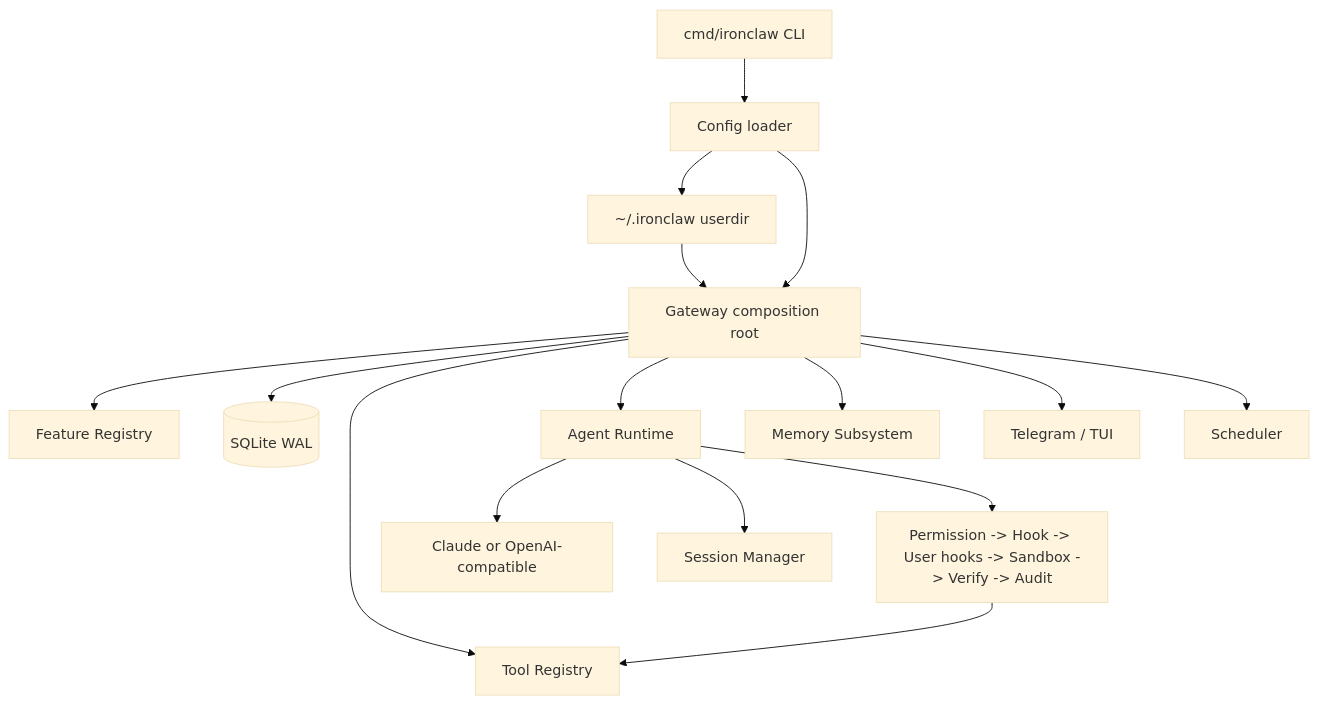
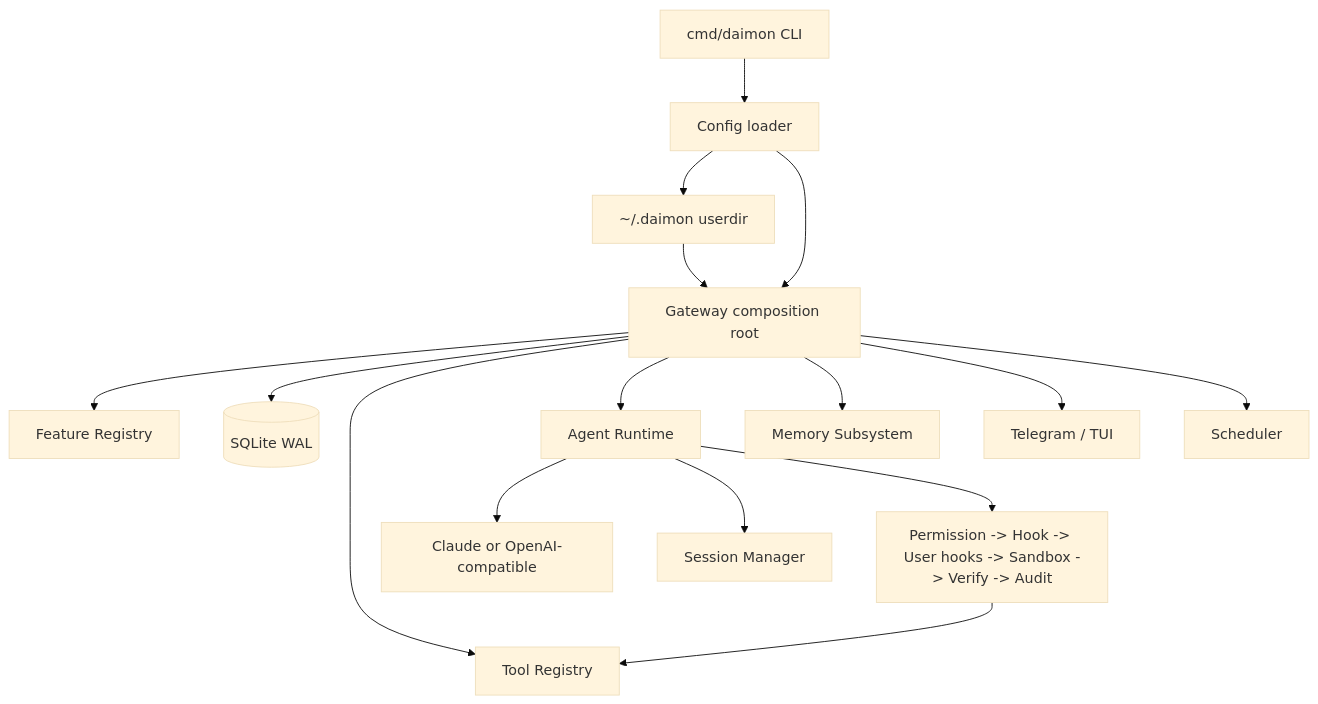
Before and after one commit to Forest-Isle/daimon: the diagram in README_zh.md, drawn with Mermaid (base theme). The commit also changed other lines of this file and 236 other files, not shown here.

````diff
--- a/README_zh.md
+++ b/README_zh.md
@@ -9,20 +9,20 @@
 ```mermaid
 flowchart TB
-    CLI[cmd/ironclaw CLI] --> Config[Config loader]
-    Config --> UserDir[~/.ironclaw userdir]
+    CLI[cmd/daimon CLI] --> Config[Config loader]
+    Config --> UserDir[~/.daimon userdir]
     Config --> Gateway[Gateway composition root]
     UserDir --> Gateway
 
     Gateway --> Feature[Feature Registry]
     Gateway --> Store[(SQLite WAL)]
     Gateway --> Tools[Tool Registry]
     Gateway --> Agent[Agent Runtime]
     Gateway --> Memory[Memory Subsystem]
     Gateway --> Channels[Telegram / TUI]
     Gateway --> Scheduler[Scheduler]
 
     Agent --> Provider[Claude or OpenAI-compatible]
     Agent --> Sessions[Session Manager]
     Agent --> ToolChain[Permission -> Hook -> User hooks -> Sandbox -> Verify -> Audit]
     ToolChain --> Tools
 ```
````
